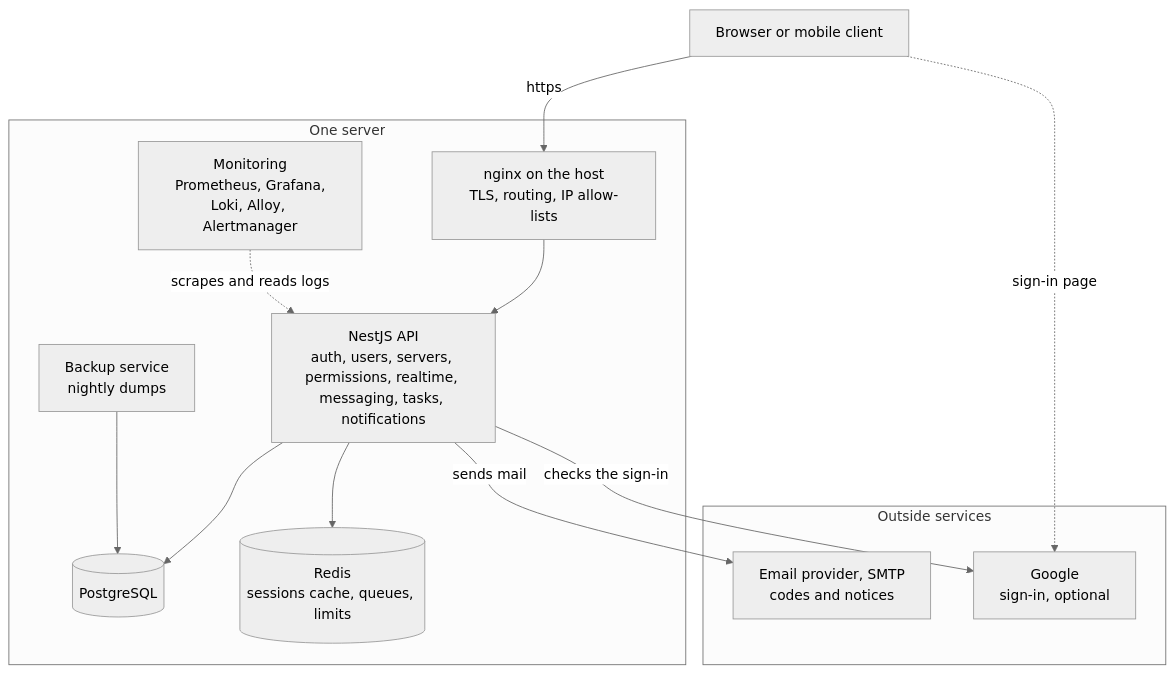
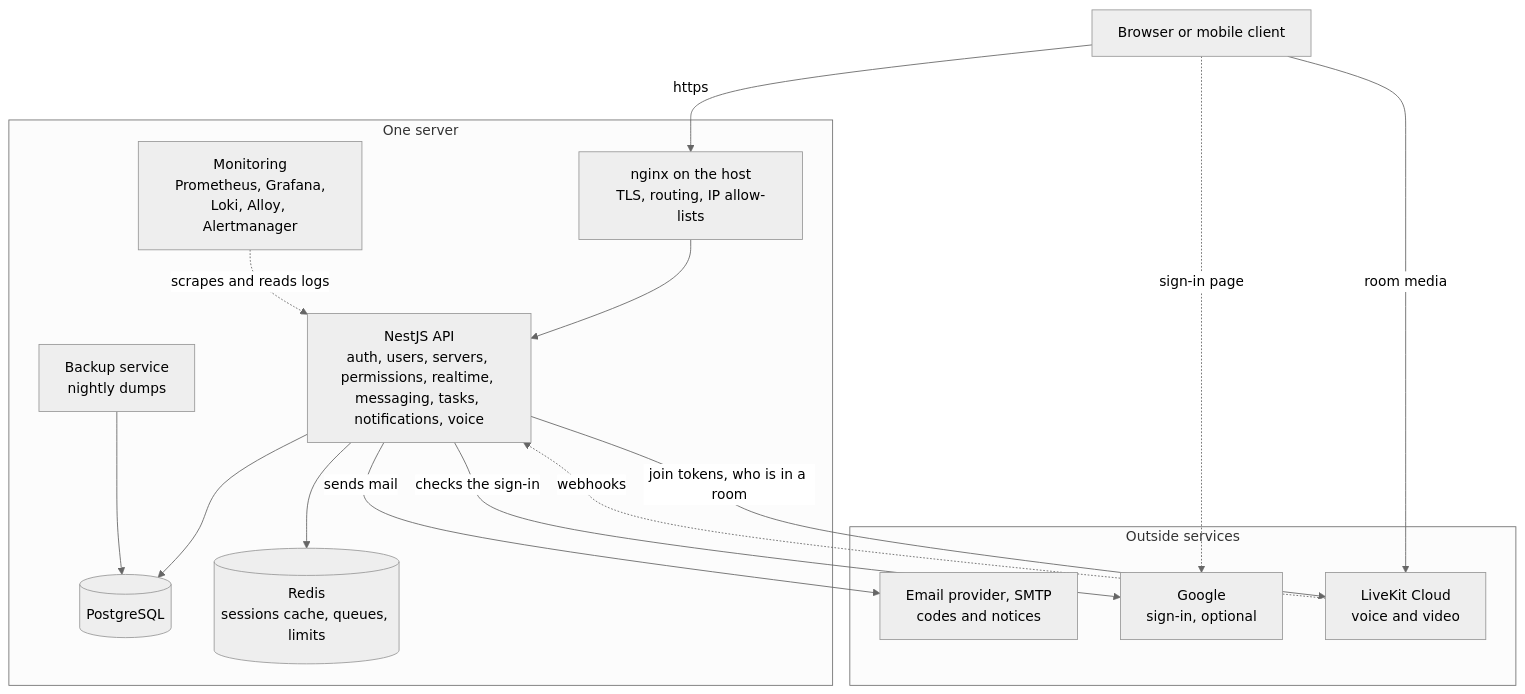
One commit to StoriuSs/NezFocus-Backend changed the first of 5 diagrams in OVERVIEW.md. Above: the diagram before and after it, drawn with Mermaid (neutral theme). The commit also changed other lines of this file and 45 other files, not shown here.

Commit message:
feat(voice): run LiveKit locally for development, tests and CI, add the VoiceState table with one screen share per room, and the MEDIA_ROOMS port answered by LiveKit (D-204, D-210)

````diff
--- a/OVERVIEW.md
+++ b/OVERVIEW.md
@@ -75,28 +75,32 @@
 ```mermaid
 flowchart TB
     Browser["Browser or mobile client"]
 
     subgraph stack["One server"]
         Nginx["nginx on the host<br/>TLS, routing, IP allow-lists"]
-        App["NestJS API<br/>auth, users, servers, permissions, realtime, messaging, tasks, notifications"]
+        App["NestJS API<br/>auth, users, servers, permissions, realtime, messaging, tasks, notifications, voice"]
         PG[("PostgreSQL")]
         RD[("Redis<br/>sessions cache, queues, limits")]
         Backup["Backup service<br/>nightly dumps"]
         Mon["Monitoring<br/>Prometheus, Grafana,<br/>Loki, Alloy, Alertmanager"]
     end
 
     subgraph outside["Outside services"]
         SMTP["Email provider, SMTP<br/>codes and notices"]
         Google["Google<br/>sign-in, optional"]
+        LiveKit["LiveKit Cloud<br/>voice and video"]
     end
 
     Browser -->|https| Nginx
     Browser -.->|sign-in page| Google
+    Browser -->|room media| LiveKit
     Nginx --> App
     App --> PG
     App --> RD
     App -->|sends mail| SMTP
     App -->|checks the sign-in| Google
+    App -->|join tokens, who is in a room| LiveKit
+    LiveKit -.->|webhooks| App
     Backup --> PG
     Mon -.->|scrapes and reads logs| App
 ```
````
